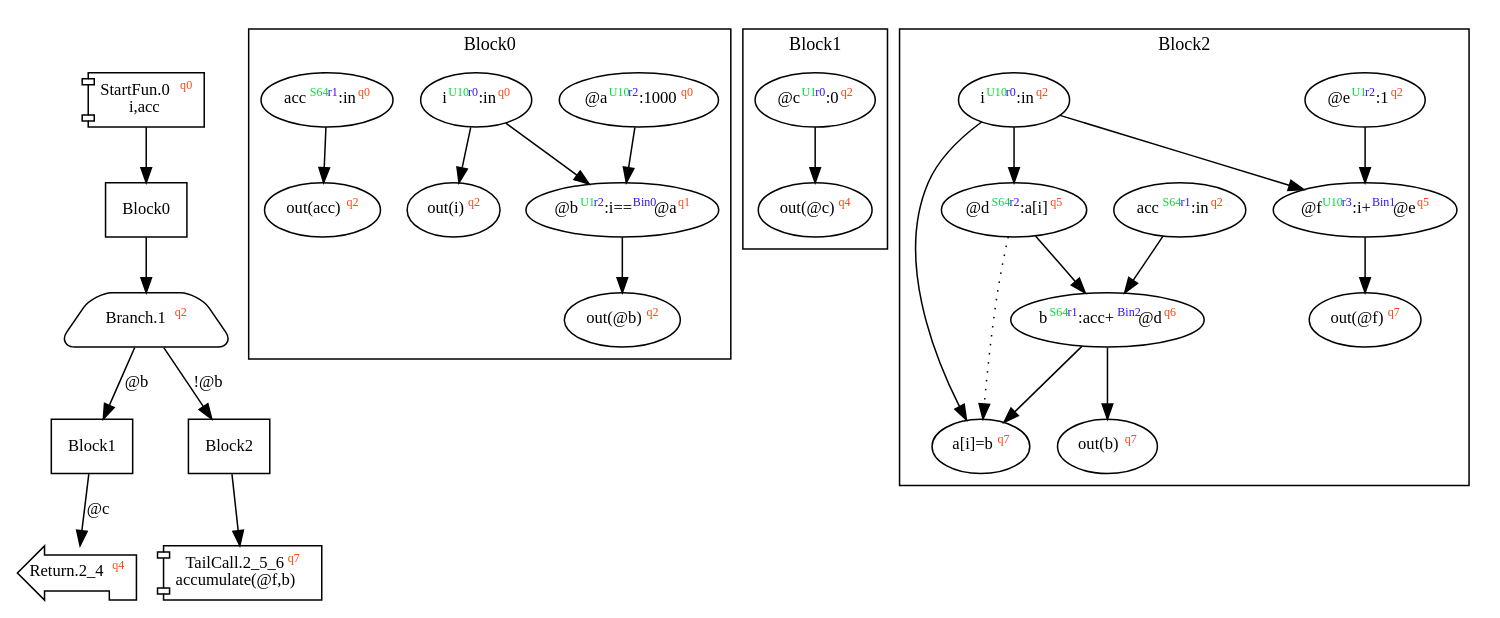
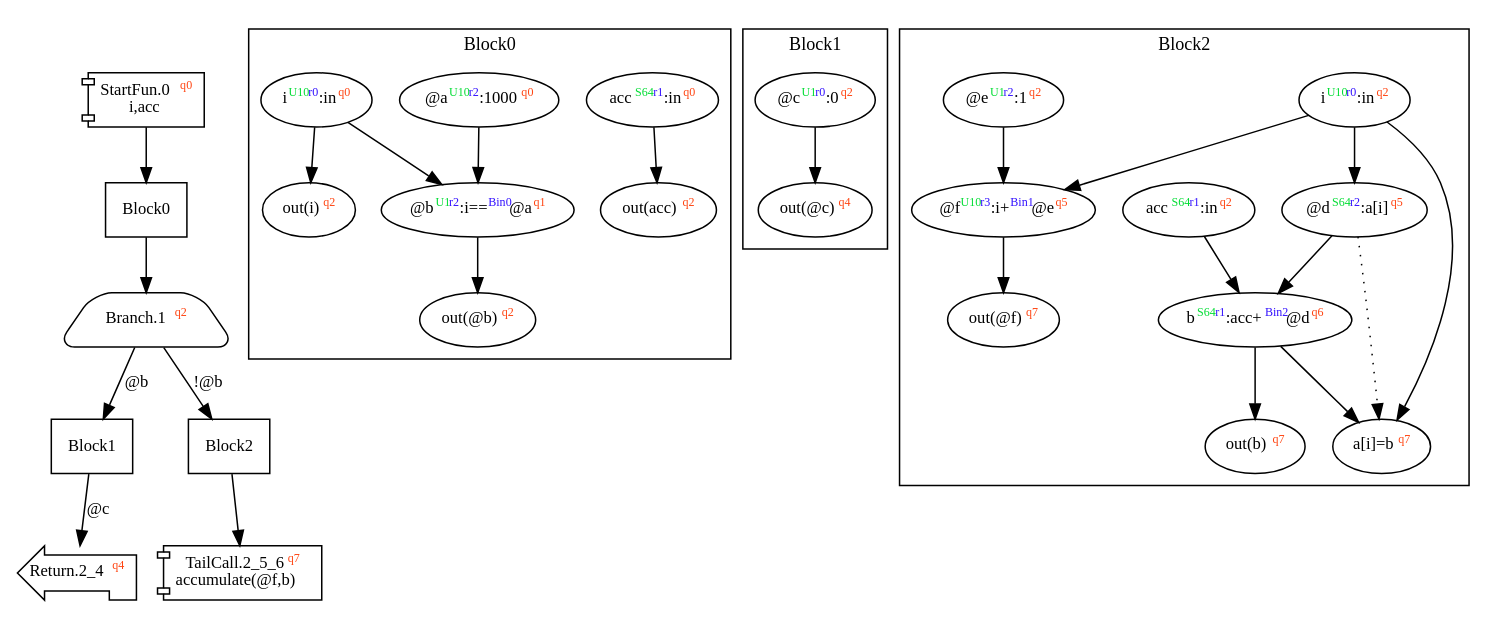
The diagram in dist/accumulate.dot (akouryy/SyntheScala), drawn with Graphviz before and after one commit. The commit also changed 15 other files, not shown here.

```diff
--- a/dist/accumulate.dot
+++ b/dist/accumulate.dot
@@ -1,46 +1,46 @@
 digraph Program_ {
 graph [fontname = "Monaco", fontsize = 12, ranksep = 0.5];
 node [shape = box, fontname = "Monaco", fontsize = 11; colorscheme = pastel19];
 edge [fontname = "Monaco", fontsize = 11; colorscheme = pastel19];
 Jump0[label = <StartFun.0<font color="#ff4411" point-size="8"><sup>q0</sup></font><br/>i,acc>; shape = component];
 Jump0 -> Block0;
 Jump1[
   label = <Branch.1<font color="#ff4411" point-size="8"><sup>q2</sup></font>>;
   shape = trapezium; style = rounded;
 ];
 Block0 -> Jump1;
 Jump1 -> Block1 [label="@b"];
 Jump1 -> Block2 [label="!@b"];
 Jump2_4[label = <Return.2_4<font color="#ff4411" point-size="8"><sup>q4</sup></font>>; shape = lpromoter];
 Block1 -> Jump2_4 [label="@c"];
 Jump2_5_6[label = <TailCall.2_5_6<font color="#ff4411" point-size="8"><sup>q7</sup></font><br/>accumulate(@f,b)>; shape = component];
 Block2 -> Jump2_5_6;
 Block0 [label = "Block0"];
 Block1 [label = "Block1"];
 Block2 [label = "Block2"];
 subgraph cluster_dfg_Block0{
 node [shape = oval];
 label = "Block0";
-ndBlock0_0 [label=<out(acc)<font color="#ff4411" point-size="8"><sup>q2</sup></font>>];ndBlock0_1 [label=<i<font color="#00dd33" point-size="8"><sup>U10</sup></font><font color="#3311ff" point-size="8"><sup>r0</sup></font>:in<font color="#ff4411" point-size="8"><sup>q0</sup></font>>];ndBlock0_2 [label=<out(@b)<font color="#ff4411" point-size="8"><sup>q2</sup></font>>];ndBlock0_3 [label=<@a<font color="#00dd33" point-size="8"><sup>U10</sup></font><font color="#3311ff" point-size="8"><sup>r2</sup></font>:1000<font color="#ff4411" point-size="8"><sup>q0</sup></font>>];ndBlock0_4 [label=<out(i)<font color="#ff4411" point-size="8"><sup>q2</sup></font>>];ndBlock0_5 [label=<@b<font color="#00dd33" point-size="8"><sup>U1</sup></font><font color="#3311ff" point-size="8"><sup>r2</sup></font>:i==<font color="#3311ff" point-size="8"><sup>Bin0</sup></font>@a<font color="#ff4411" point-size="8"><sup>q1</sup></font>>];ndBlock0_6 [label=<acc<font color="#00dd33" point-size="8"><sup>S64</sup></font><font color="#3311ff" point-size="8"><sup>r1</sup></font>:in<font color="#ff4411" point-size="8"><sup>q0</sup></font>>];ndBlock0_6 -> ndBlock0_0;
-ndBlock0_1 -> ndBlock0_5;
-ndBlock0_3 -> ndBlock0_5;
-ndBlock0_5 -> ndBlock0_2;
-ndBlock0_1 -> ndBlock0_4;
+ndBlock0_0 [label=<out(acc)<font color="#ff4411" point-size="8"><sup>q2</sup></font>>];ndBlock0_1 [label=<acc<font color="#00dd33" point-size="8"><sup>S64</sup></font><font color="#3311ff" point-size="8"><sup>r1</sup></font>:in<font color="#ff4411" point-size="8"><sup>q0</sup></font>>];ndBlock0_2 [label=<i<font color="#00dd33" point-size="8"><sup>U10</sup></font><font color="#3311ff" point-size="8"><sup>r0</sup></font>:in<font color="#ff4411" point-size="8"><sup>q0</sup></font>>];ndBlock0_3 [label=<out(@b)<font color="#ff4411" point-size="8"><sup>q2</sup></font>>];ndBlock0_4 [label=<@a<font color="#00dd33" point-size="8"><sup>U10</sup></font><font color="#3311ff" point-size="8"><sup>r2</sup></font>:1000<font color="#ff4411" point-size="8"><sup>q0</sup></font>>];ndBlock0_5 [label=<out(i)<font color="#ff4411" point-size="8"><sup>q2</sup></font>>];ndBlock0_6 [label=<@b<font color="#00dd33" point-size="8"><sup>U1</sup></font><font color="#3311ff" point-size="8"><sup>r2</sup></font>:i==<font color="#3311ff" point-size="8"><sup>Bin0</sup></font>@a<font color="#ff4411" point-size="8"><sup>q1</sup></font>>];ndBlock0_1 -> ndBlock0_0;
+ndBlock0_6 -> ndBlock0_3;
+ndBlock0_2 -> ndBlock0_5;
+ndBlock0_2 -> ndBlock0_6;
+ndBlock0_4 -> ndBlock0_6;
 }subgraph cluster_dfg_Block1{
 node [shape = oval];
 label = "Block1";
 ndBlock1_0 [label=<@c<font color="#00dd33" point-size="8"><sup>U1</sup></font><font color="#3311ff" point-size="8"><sup>r0</sup></font>:0<font color="#ff4411" point-size="8"><sup>q2</sup></font>>];ndBlock1_1 [label=<out(@c)<font color="#ff4411" point-size="8"><sup>q4</sup></font>>];ndBlock1_0 -> ndBlock1_1;
 }subgraph cluster_dfg_Block2{
 node [shape = oval];
 label = "Block2";
-ndBlock2_0 [label=<@e<font color="#00dd33" point-size="8"><sup>U1</sup></font><font color="#3311ff" point-size="8"><sup>r2</sup></font>:1<font color="#ff4411" point-size="8"><sup>q2</sup></font>>];ndBlock2_1 [label=<out(b)<font color="#ff4411" point-size="8"><sup>q7</sup></font>>];ndBlock2_2 [label=<@f<font color="#00dd33" point-size="8"><sup>U10</sup></font><font color="#3311ff" point-size="8"><sup>r3</sup></font>:i+<font color="#3311ff" point-size="8"><sup>Bin1</sup></font>@e<font color="#ff4411" point-size="8"><sup>q5</sup></font>>];ndBlock2_3 [label=<acc<font color="#00dd33" point-size="8"><sup>S64</sup></font><font color="#3311ff" point-size="8"><sup>r1</sup></font>:in<font color="#ff4411" point-size="8"><sup>q2</sup></font>>];ndBlock2_4 [label=<a[i]=b<font color="#ff4411" point-size="8"><sup>q7</sup></font>>];ndBlock2_5 [label=<b<font color="#00dd33" point-size="8"><sup>S64</sup></font><font color="#3311ff" point-size="8"><sup>r1</sup></font>:acc+<font color="#3311ff" point-size="8"><sup>Bin2</sup></font>@d<font color="#ff4411" point-size="8"><sup>q6</sup></font>>];ndBlock2_6 [label=<out(@f)<font color="#ff4411" point-size="8"><sup>q7</sup></font>>];ndBlock2_7 [label=<i<font color="#00dd33" point-size="8"><sup>U10</sup></font><font color="#3311ff" point-size="8"><sup>r0</sup></font>:in<font color="#ff4411" point-size="8"><sup>q2</sup></font>>];ndBlock2_8 [label=<@d<font color="#00dd33" point-size="8"><sup>S64</sup></font><font color="#3311ff" point-size="8"><sup>r2</sup></font>:a[i]<font color="#ff4411" point-size="8"><sup>q5</sup></font>>];ndBlock2_7 -> ndBlock2_8;
-ndBlock2_5 -> ndBlock2_4;
-ndBlock2_7 -> ndBlock2_4;
-ndBlock2_0 -> ndBlock2_2;
+ndBlock2_0 [label=<@e<font color="#00dd33" point-size="8"><sup>U1</sup></font><font color="#3311ff" point-size="8"><sup>r2</sup></font>:1<font color="#ff4411" point-size="8"><sup>q2</sup></font>>];ndBlock2_1 [label=<out(b)<font color="#ff4411" point-size="8"><sup>q7</sup></font>>];ndBlock2_2 [label=<a[i]=b<font color="#ff4411" point-size="8"><sup>q7</sup></font>>];ndBlock2_3 [label=<@f<font color="#00dd33" point-size="8"><sup>U10</sup></font><font color="#3311ff" point-size="8"><sup>r3</sup></font>:i+<font color="#3311ff" point-size="8"><sup>Bin1</sup></font>@e<font color="#ff4411" point-size="8"><sup>q5</sup></font>>];ndBlock2_4 [label=<out(@f)<font color="#ff4411" point-size="8"><sup>q7</sup></font>>];ndBlock2_5 [label=<acc<font color="#00dd33" point-size="8"><sup>S64</sup></font><font color="#3311ff" point-size="8"><sup>r1</sup></font>:in<font color="#ff4411" point-size="8"><sup>q2</sup></font>>];ndBlock2_6 [label=<b<font color="#00dd33" point-size="8"><sup>S64</sup></font><font color="#3311ff" point-size="8"><sup>r1</sup></font>:acc+<font color="#3311ff" point-size="8"><sup>Bin2</sup></font>@d<font color="#ff4411" point-size="8"><sup>q6</sup></font>>];ndBlock2_7 [label=<i<font color="#00dd33" point-size="8"><sup>U10</sup></font><font color="#3311ff" point-size="8"><sup>r0</sup></font>:in<font color="#ff4411" point-size="8"><sup>q2</sup></font>>];ndBlock2_8 [label=<@d<font color="#00dd33" point-size="8"><sup>S64</sup></font><font color="#3311ff" point-size="8"><sup>r2</sup></font>:a[i]<font color="#ff4411" point-size="8"><sup>q5</sup></font>>];ndBlock2_7 -> ndBlock2_8;
+ndBlock2_6 -> ndBlock2_2;
 ndBlock2_7 -> ndBlock2_2;
-ndBlock2_2 -> ndBlock2_6;
-ndBlock2_3 -> ndBlock2_5;
-ndBlock2_8 -> ndBlock2_5;
-ndBlock2_5 -> ndBlock2_1;
-ndBlock2_8 -> ndBlock2_4 [style = dotted];
+ndBlock2_3 -> ndBlock2_4;
+ndBlock2_0 -> ndBlock2_3;
+ndBlock2_7 -> ndBlock2_3;
+ndBlock2_5 -> ndBlock2_6;
+ndBlock2_8 -> ndBlock2_6;
+ndBlock2_6 -> ndBlock2_1;
+ndBlock2_8 -> ndBlock2_2 [style = dotted];
 }}
```
